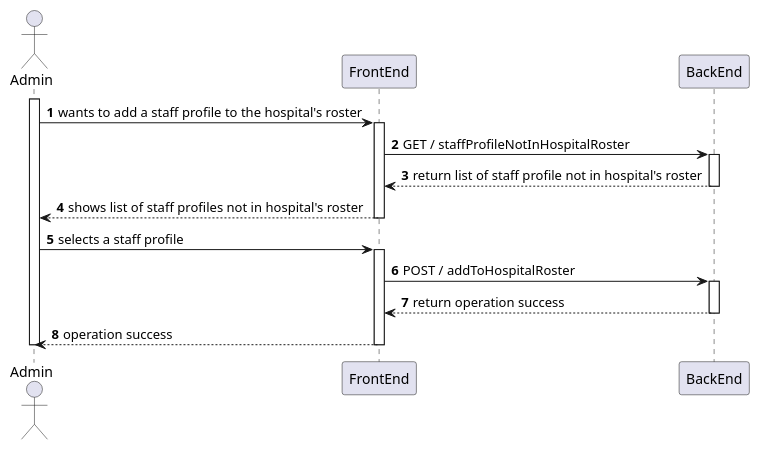
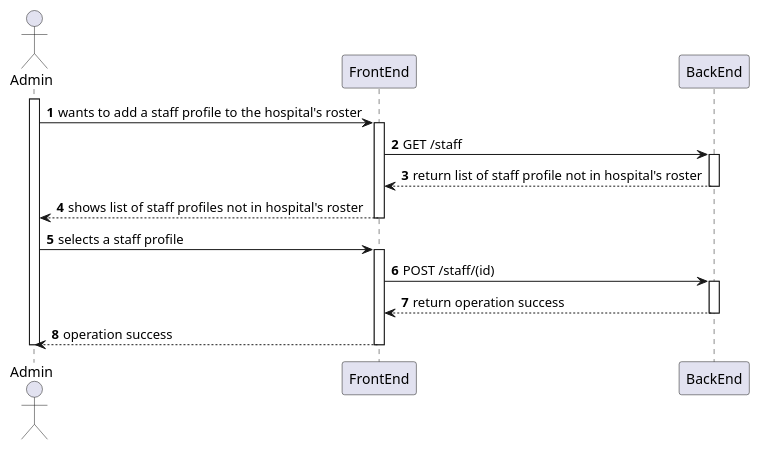
The diagram in docs/SprintA/21-add-staff-profile-hospital's-roster/level2/process-view.puml (MiguelCardoso77/SurgicalSync-BackEnd), drawn with PlantUML before and after one commit. The commit also changed 10 other files, not shown here.

```diff
--- a/docs/SprintA/21-add-staff-profile-hospital's-roster/level2/process-view.puml
+++ b/docs/SprintA/21-add-staff-profile-hospital's-roster/level2/process-view.puml
@@ -1,37 +1,37 @@
 @startuml
 autonumber
 
 actor "Admin" as USER
 
 participant "FrontEnd" as FE
 participant "BackEnd" as BE
 
 activate USER
 
     USER -> FE : wants to add a staff profile to the hospital's roster
     activate FE
     
-    FE -> BE : GET / staffProfileNotInHospitalRoster
+    FE -> BE : GET /staff
     activate BE
     
     BE --> FE : return list of staff profile not in hospital's roster
     deactivate BE
     
     FE --> USER : shows list of staff profiles not in hospital's roster
     deactivate FE
 
     USER -> FE : selects a staff profile 
     activate FE
     
-    FE -> BE : POST / addToHospitalRoster
+    FE -> BE : POST /staff/(id)
     activate BE
     
     BE --> FE : return operation success
     deactivate BE
     
     FE --> USER: operation success
     deactivate FE
     
 deactivate USER
 
 @enduml
```
